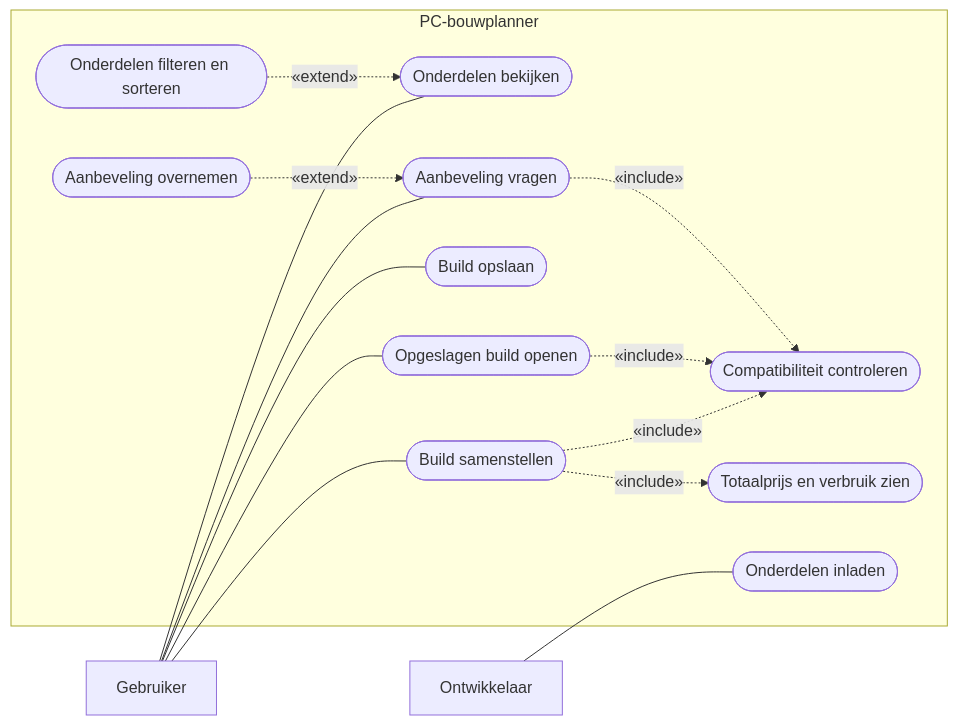
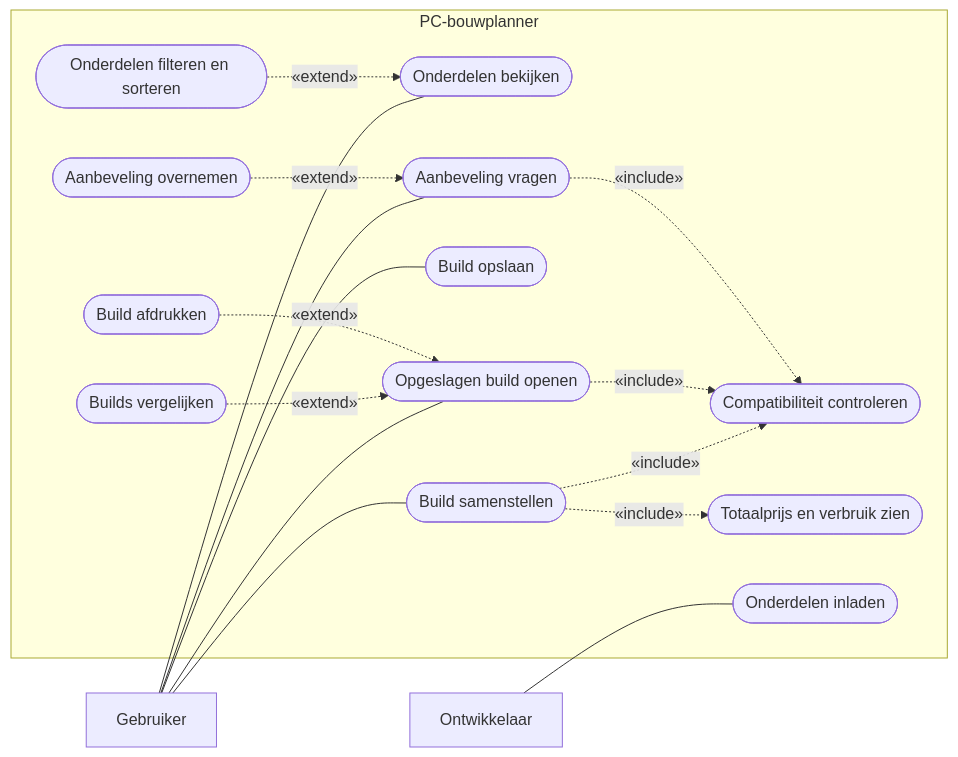
Before and after one commit to Niels023/pc-bouwplanner: the second of 9 diagrams in docs/ontwerp.md, drawn with Mermaid. The commit also changed other lines of this file and 4 other files, not shown here.

Commit message:
docs: ontwerp met vergelijken, afdrukken, sockets van koelers en waterkoeling

````diff
--- a/docs/ontwerp.md
+++ b/docs/ontwerp.md
@@ -43,29 +43,33 @@
 ```mermaid
 flowchart LR
     gebruiker[Gebruiker]
     ontwikkelaar[Ontwikkelaar]
     subgraph systeem [PC-bouwplanner]
         uc1([Onderdelen bekijken])
         uc2([Onderdelen filteren en sorteren])
         uc3([Build samenstellen])
         uc4([Compatibiliteit controleren])
         uc5([Totaalprijs en verbruik zien])
         uc6([Build opslaan])
         uc7([Opgeslagen build openen])
         uc8([Aanbeveling vragen])
         uc9([Aanbeveling overnemen])
         uc10([Onderdelen inladen])
+        uc11([Builds vergelijken])
+        uc12([Build afdrukken])
     end
     gebruiker --- uc1
     gebruiker --- uc3
     gebruiker --- uc6
     gebruiker --- uc7
     gebruiker --- uc8
     ontwikkelaar --- uc10
     uc2 -.->|"«extend»"| uc1
     uc3 -.->|"«include»"| uc4
     uc3 -.->|"«include»"| uc5
     uc7 -.->|"«include»"| uc4
     uc8 -.->|"«include»"| uc4
     uc9 -.->|"«extend»"| uc8
+    uc11 -.->|"«extend»"| uc7
+    uc12 -.->|"«extend»"| uc7
 ```
````
